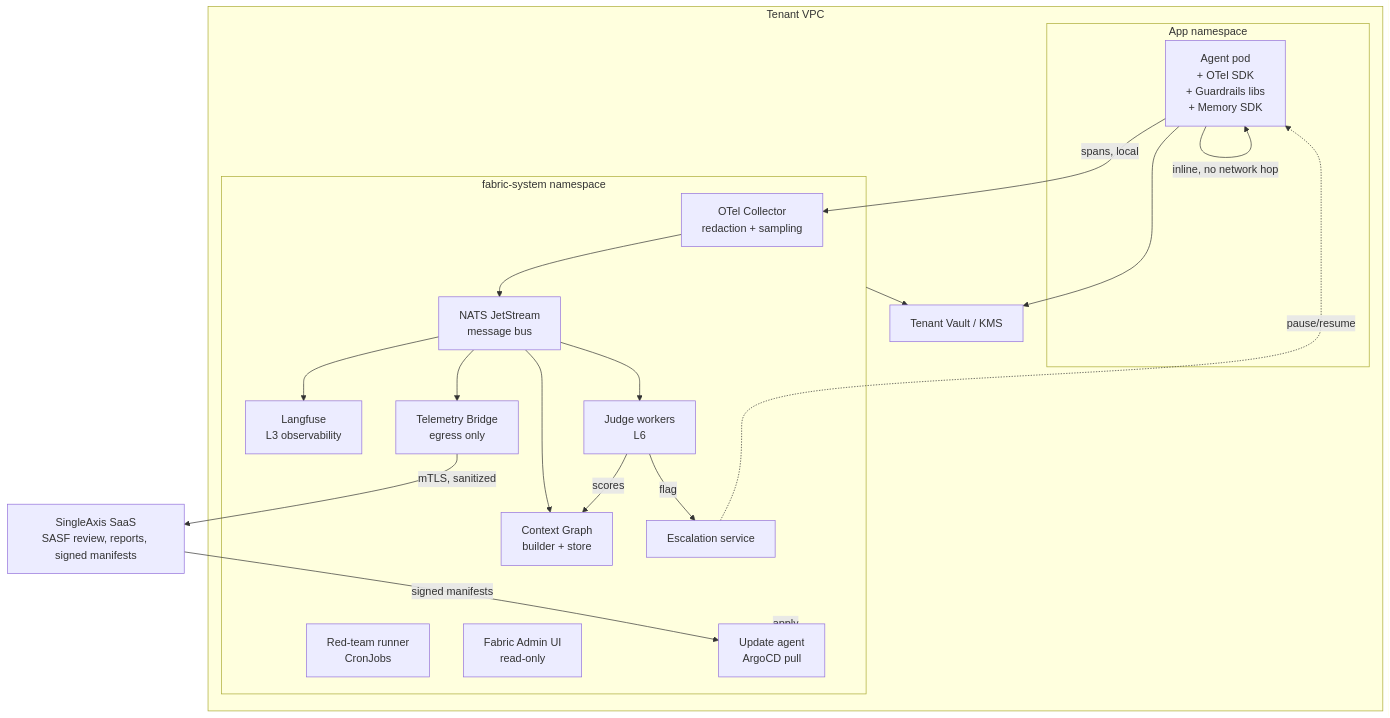
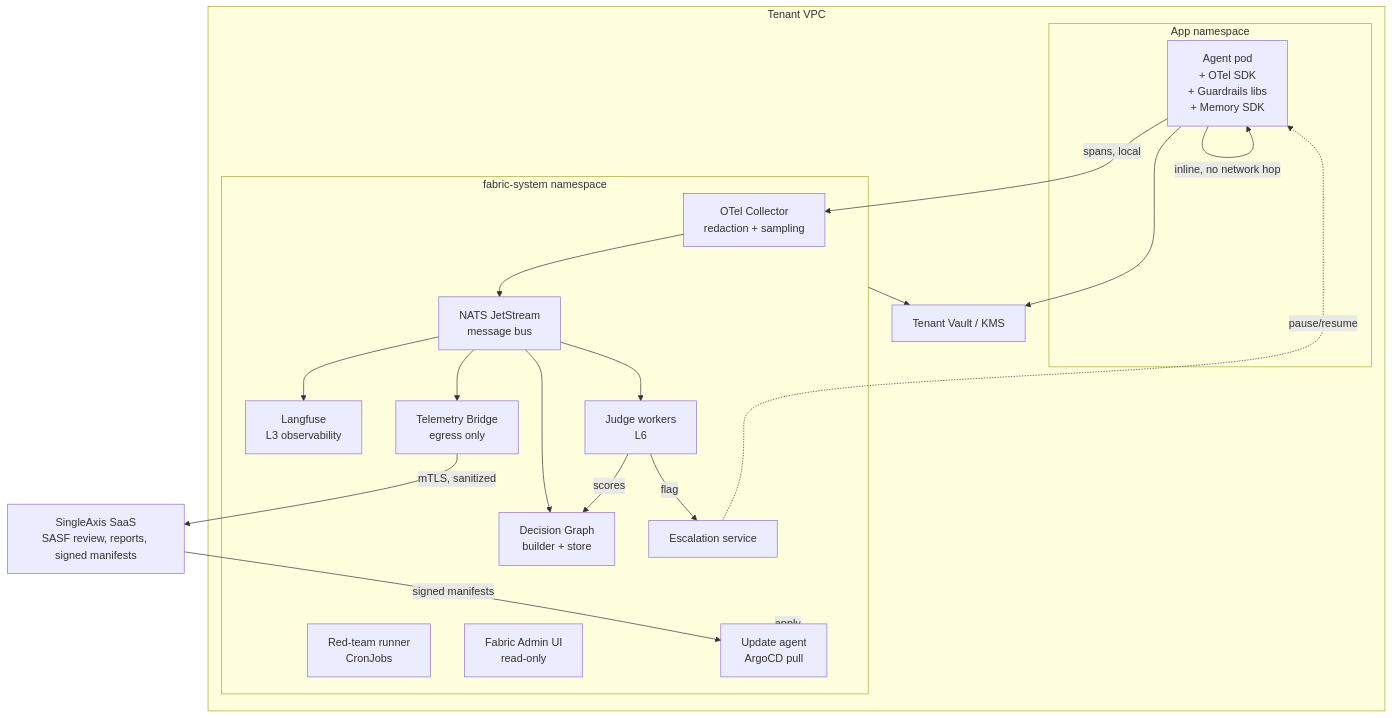
Before and after one commit to singleaxis/singleaxis-fabric: the diagram in specs/002-architecture.md, drawn with Mermaid. The commit also changed other lines of this file and 44 other files, not shown here.

````diff
--- a/specs/002-architecture.md
+++ b/specs/002-architecture.md
@@ -168,44 +168,44 @@
 ```mermaid
 flowchart TB
     subgraph tenant[Tenant VPC]
         subgraph appns[App namespace]
             agent[Agent pod<br/>+ OTel SDK<br/>+ Guardrails libs<br/>+ Memory SDK]
         end
 
         subgraph fabns[fabric-system namespace]
             col[OTel Collector<br/>redaction + sampling]
             mq[NATS JetStream<br/>message bus]
             lf[Langfuse<br/>L3 observability]
             jw[Judge workers<br/>L6]
-            cg[Context Graph<br/>builder + store]
+            cg[Decision Graph<br/>builder + store]
             tb[Telemetry Bridge<br/>egress only]
             es[Escalation service]
             rt[Red-team runner<br/>CronJobs]
             ui[Fabric Admin UI<br/>read-only]
             ua[Update agent<br/>ArgoCD pull]
         end
 
         vault[Tenant Vault / KMS]
     end
 
     saas[SingleAxis SaaS<br/>SASF review, reports, signed manifests]
 
     agent -->|inline, no network hop| agent
     agent -->|spans, local| col
     col --> mq
     mq --> lf
     mq --> jw
     mq --> cg
     mq --> tb
 
     jw -->|scores| cg
     jw -->|flag| es
     es -.->|pause/resume| agent
 
     tb -->|mTLS, sanitized| saas
     saas -->|signed manifests| ua
     ua -.->|apply| fabns
 
     agent --> vault
     fabns --> vault
 ```
````
